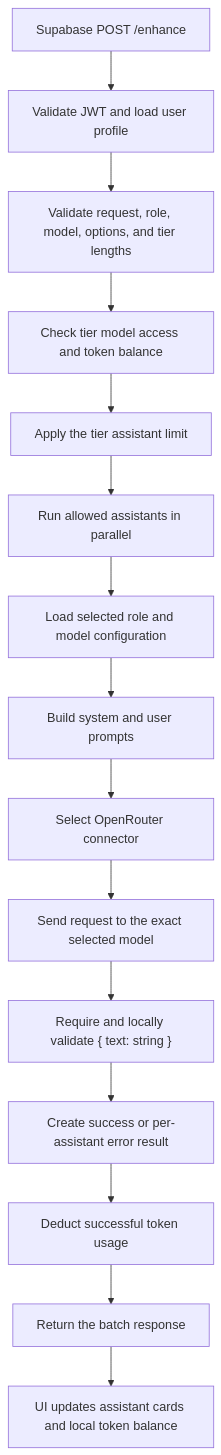
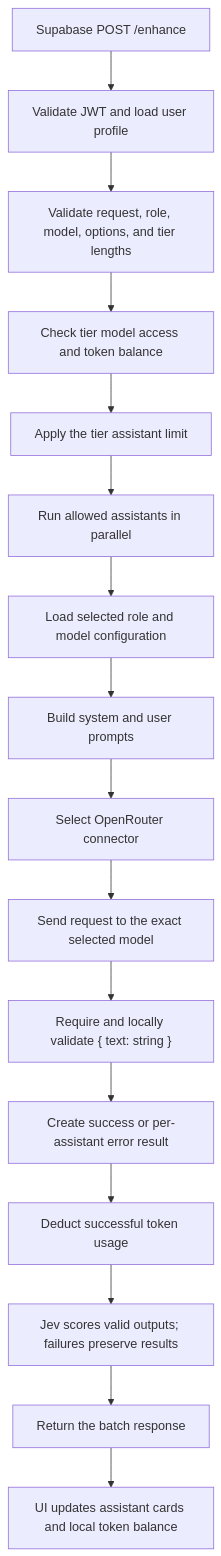
One commit to vsl/ai-text-enhancer changed the second of 3 diagrams in docs/app-flow.md. Above: the diagram before and after it, drawn with Mermaid. The commit also changed other lines of this file and 205 other files, not shown here.

````diff
--- a/docs/app-flow.md
+++ b/docs/app-flow.md
@@ -68,19 +68,20 @@
 ```mermaid
 flowchart TD
     API["Supabase POST /enhance"] --> AUTH["Validate JWT and load user profile"]
     AUTH --> VALIDATE["Validate request, role, model, options, and tier lengths"]
     VALIDATE --> ACCESS["Check tier model access and token balance"]
     ACCESS --> SPLIT["Apply the tier assistant limit"]
     SPLIT --> PARALLEL["Run allowed assistants in parallel"]
 
     PARALLEL --> LOOKUP["Load selected role and model configuration"]
     LOOKUP --> PROMPT["Build system and user prompts"]
     PROMPT --> CONNECTOR["Select OpenRouter connector"]
     CONNECTOR --> LLM["Send request to the exact selected model"]
     LLM --> JSON["Require and locally validate { text: string }"]
     JSON --> RESULT["Create success or per-assistant error result"]
 
     RESULT --> USAGE["Deduct successful token usage"]
-    USAGE --> RESPONSE["Return the batch response"]
+    USAGE --> JUDGE["Jev scores valid outputs; failures preserve results"]
+    JUDGE --> RESPONSE["Return the batch response"]
     RESPONSE --> UI["UI updates assistant cards and local token balance"]
 ```
````
